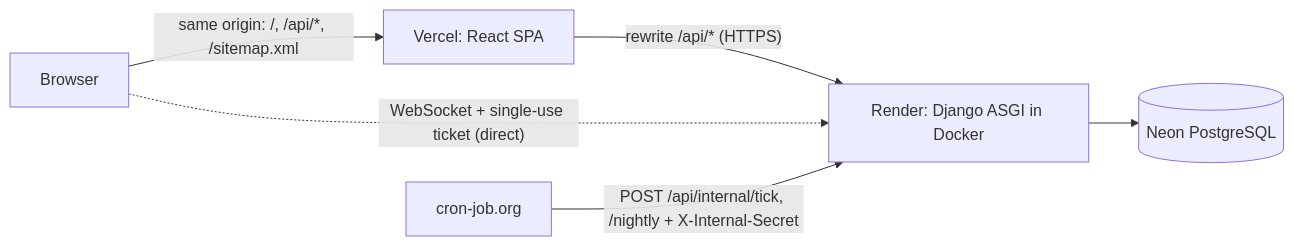
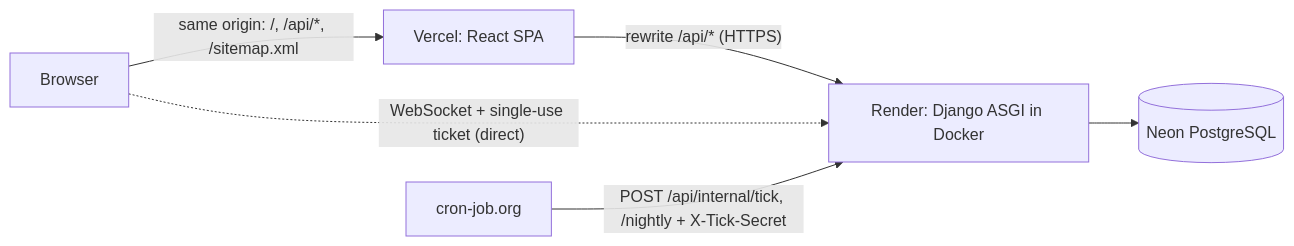
Before and after one commit to MarepalliAkhil/TalentPath: the diagram in docs/ARCHITECTURE.md, drawn with Mermaid. The commit also changed other lines of this file and 218 other files, not shown here.

````diff
--- a/docs/ARCHITECTURE.md
+++ b/docs/ARCHITECTURE.md
@@ -5,8 +5,8 @@
 ```mermaid
 flowchart LR
   B[Browser] -->|"same origin: /, /api/*, /sitemap.xml"| V[Vercel: React SPA]
   V -->|"rewrite /api/* (HTTPS)"| R[Render: Django ASGI in Docker]
   B -.->|"WebSocket + single-use ticket (direct)"| R
   R --> N[(Neon PostgreSQL)]
-  C[cron-job.org] -->|"POST /api/internal/tick, /nightly + X-Internal-Secret"| R
+  C[cron-job.org] -->|"POST /api/internal/tick, /nightly + X-Tick-Secret"| R
 ```
````
